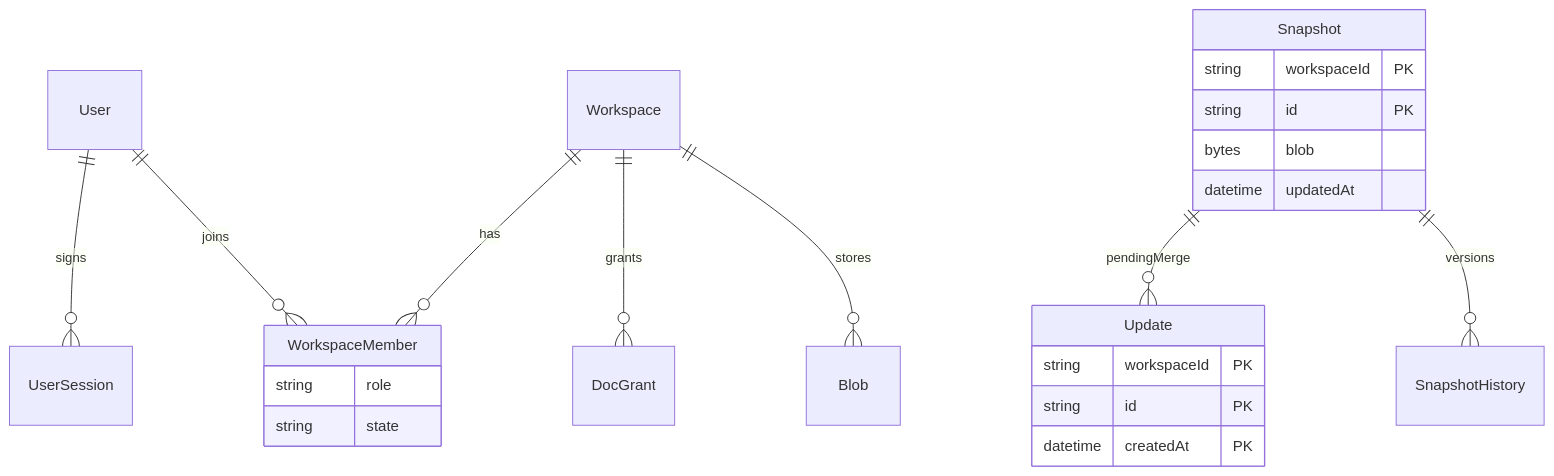
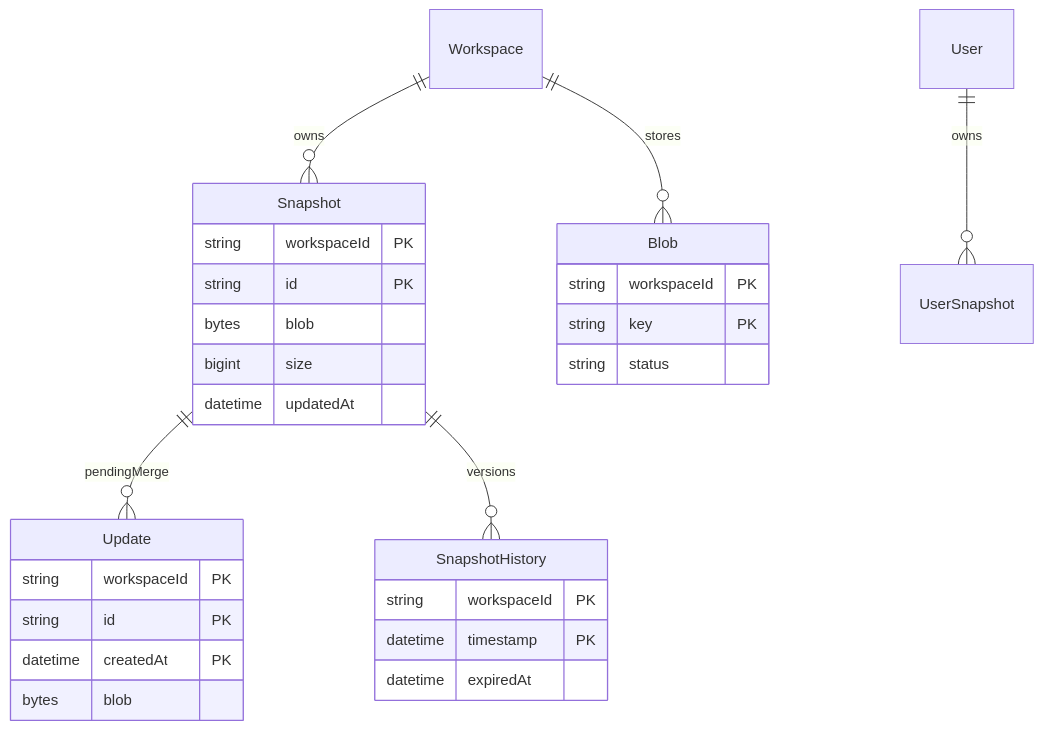
Before and after one commit to lfire/AFFiNE: the fifth of 6 diagrams in learning-guide/slides/decks/22.md, drawn with Mermaid. The commit also changed other lines of this file and 46 other files, not shown here.

````diff
--- a/learning-guide/slides/decks/22.md
+++ b/learning-guide/slides/decks/22.md
@@ -131,25 +267,31 @@
 ```mermaid
 erDiagram
-    User ||--o{ UserSession : signs
-    User ||--o{ WorkspaceMember : joins
-    Workspace ||--o{ WorkspaceMember : has
-    Workspace ||--o{ DocGrant : grants
-    Workspace ||--o{ Blob : stores
-    Snapshot ||--o{ Update : pendingMerge
-    Snapshot ||--o{ SnapshotHistory : versions
-    WorkspaceMember {
-        string role
-        string state
-    }
-    Snapshot {
-        string workspaceId PK
-        string id PK
-        bytes blob
-        datetime updatedAt
-    }
-    Update {
-        string workspaceId PK
-        string id PK
-        datetime createdAt PK
-    }
+  Workspace ||--o{ Snapshot : owns
+  Snapshot ||--o{ Update : pendingMerge
+  Snapshot ||--o{ SnapshotHistory : versions
+  Workspace ||--o{ Blob : stores
+  User ||--o{ UserSnapshot : owns
+  Snapshot {
+    string workspaceId PK
+    string id PK
+    bytes blob
+    bigint size
+    datetime updatedAt
+  }
+  Update {
+    string workspaceId PK
+    string id PK
+    datetime createdAt PK
+    bytes blob
+  }
+  SnapshotHistory {
+    string workspaceId PK
+    datetime timestamp PK
+    datetime expiredAt
+  }
+  Blob {
+    string workspaceId PK
+    string key PK
+    string status
+  }
 ```
````
